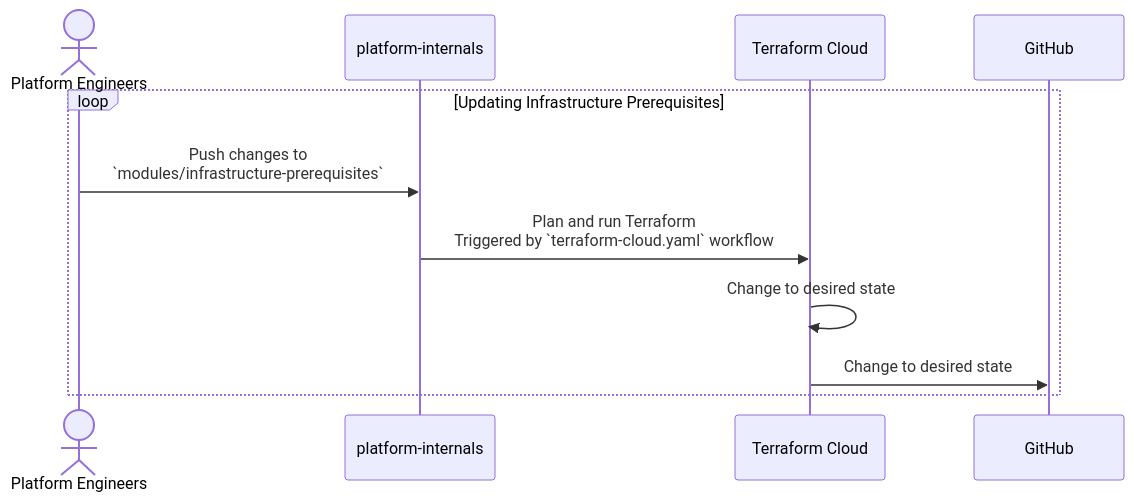
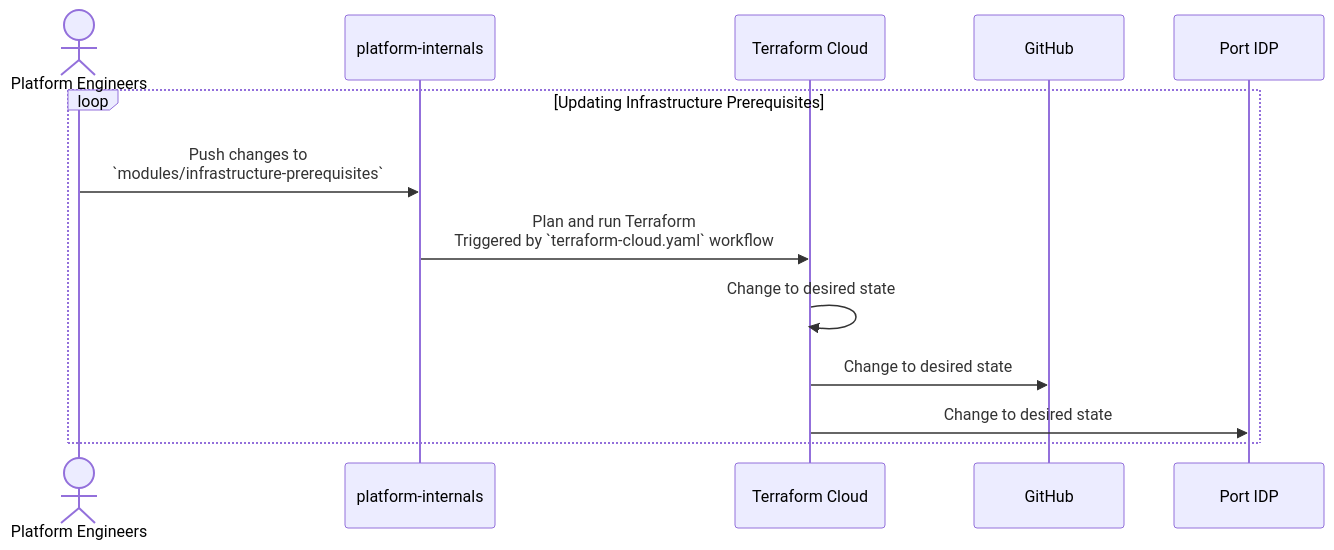
The second of 2 diagrams in README.md (PashmakGuru/internal), drawn with Mermaid before and after one commit. The commit also changed other lines of this file, not shown here.

Commit message:
Add Port IDP to TODO

````diff
--- a/README.md
+++ b/README.md
@@ -31,14 +32,16 @@
 ```mermaid
 sequenceDiagram
     actor PLA as Platform Engineers
     participant RPI as platform-internals
     participant TFC as Terraform Cloud
     participant GHB as GitHub
+    participant PRT as Port IDP
 
     loop Updating Infrastructure Prerequisites
         PLA ->> RPI: Push changes to<br>`modules/infrastructure-prerequisites`
         RPI ->> TFC: Plan and run Terraform<br>Triggered by `terraform-cloud.yaml` workflow
         TFC ->> TFC: Change to desired state
         TFC ->> GHB: Change to desired state
+        TFC ->> PRT: Change to desired state
     end
 ```
````
